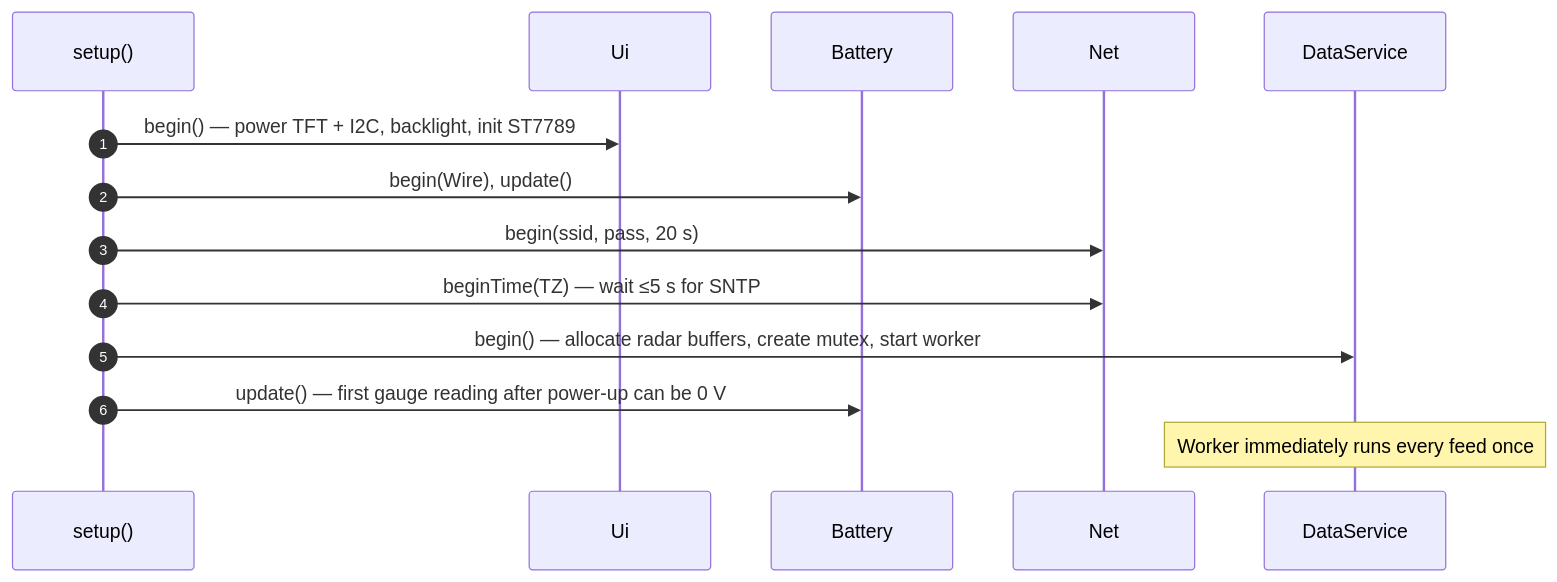
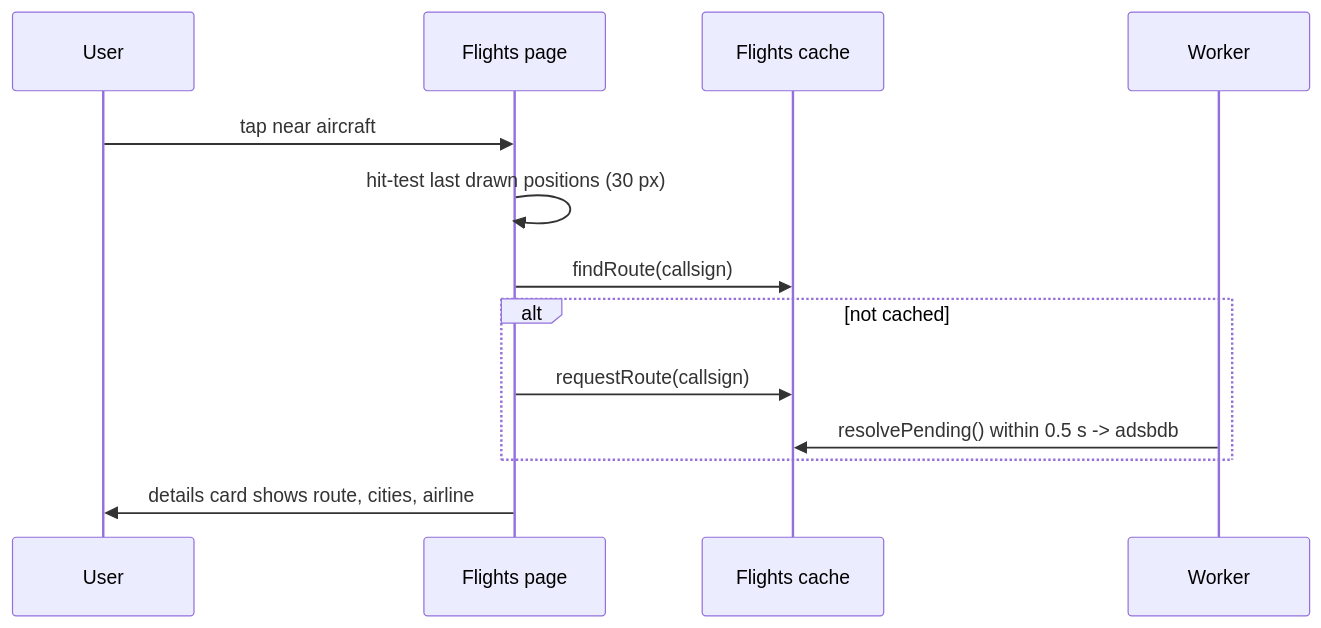
The fifth of 5 diagrams in weather-display/docs/DESIGN.md (markbac/esp32), drawn with Mermaid before and after one commit. The commit also changed other lines of this file and 63 other files, not shown here.

````diff
--- a/weather-display/docs/DESIGN.md
+++ b/weather-display/docs/DESIGN.md
@@ -233,17 +250,15 @@
 ```mermaid
 sequenceDiagram
-  autonumber
-  participant M as setup()
-  participant U as Ui
-  participant B as Battery
-  participant N as Net
-  participant D as DataService
-
-  M->>U: begin() — power TFT + I2C, backlight, init ST7789
-  M->>B: begin(Wire), update()
-  M->>N: begin(ssid, pass, 20 s)
-  M->>N: beginTime(TZ) — wait ≤5 s for SNTP
-  M->>D: begin() — allocate radar buffers, create mutex, start worker
-  M->>B: update() — first gauge reading after power-up can be 0 V
-  Note over D: Worker immediately runs every feed once
+  participant U as User
+  participant P as Flights page
+  participant F as Flights cache
+  participant W as Worker
+  U->>P: tap near aircraft
+  P->>P: hit-test last drawn positions (30 px)
+  P->>F: findRoute(callsign)
+  alt not cached
+    P->>F: requestRoute(callsign)
+    W->>F: resolvePending() within 0.5 s -> adsbdb
+  end
+  P->>U: details card shows route, cities, airline
 ```
````
